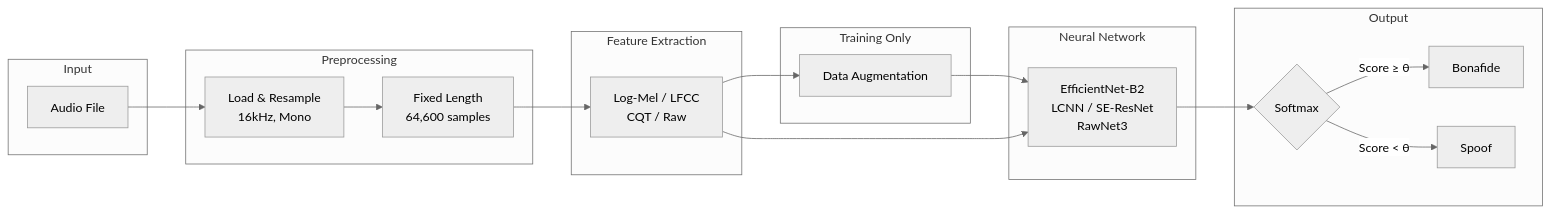
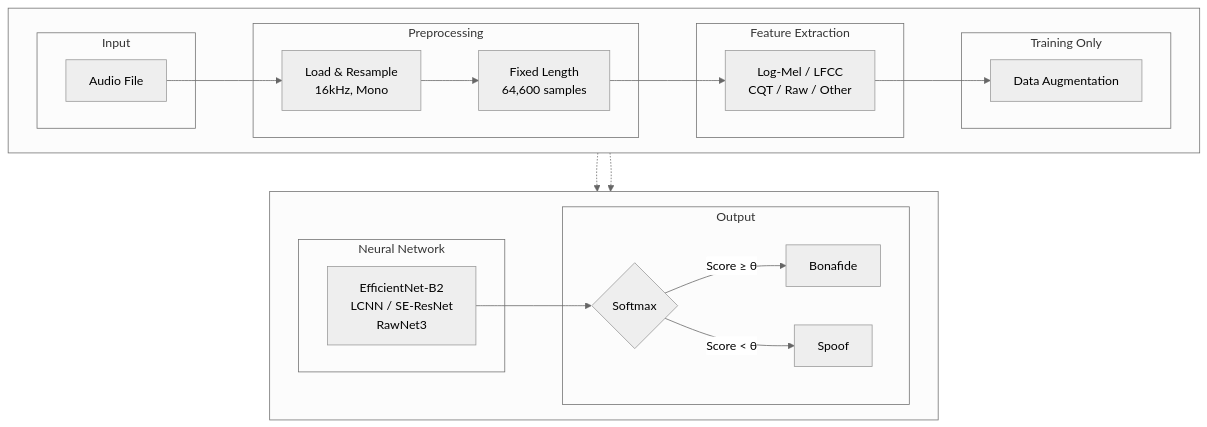
The diagram in docs/methodology_part1.md (gkibria121/ai-voice-detector), drawn with Mermaid (neutral theme) before and after one commit. The commit also changed other lines of this file and 1 other file, not shown here.

First line of the commit message:
Enhance methodology documentation with detailed model descriptions and adjustments

````diff
--- a/docs/methodology_part1.md
+++ b/docs/methodology_part1.md
@@ -3,36 +3,44 @@
 ```mermaid
-flowchart LR
-    subgraph Input
-        A[Audio File]
+flowchart TB
+    subgraph Row1[" "]
+        direction LR
+        subgraph Input
+            A[Audio File]
+        end
+
+        subgraph Preprocessing
+            B[Load & Resample<br/>16kHz, Mono]
+            C[Fixed Length<br/>64,600 samples]
+        end
+
+        subgraph Features["Feature Extraction"]
+            D[Log-Mel / LFCC<br/>CQT / Raw / Other]
+        end
+
+        subgraph Training["Training Only"]
+            E[Data Augmentation]
+        end
+        
+        A --> B --> C --> D --> E
     end
 
-    subgraph Preprocessing
-        B[Load & Resample<br/>16kHz, Mono]
-        C[Fixed Length<br/>64,600 samples]
+    subgraph Row2[" "]
+        direction LR
+        subgraph Model["Neural Network"]
+            F[EfficientNet-B2<br/>LCNN / SE-ResNet<br/>RawNet3]
+        end
+
+        subgraph Output
+            G{Softmax}
+            H[Bonafide]
+            I[Spoof]
+        end
+        
+        F --> G
+        G -->|Score ≥ θ| H
+        G -->|Score < θ| I
     end
 
-    subgraph Features["Feature Extraction"]
-        D[Log-Mel / LFCC<br/>CQT / Raw]
-    end
-
-    subgraph Training["Training Only"]
-        E[Data Augmentation]
-    end
-
-    subgraph Model["Neural Network"]
-        F[EfficientNet-B2<br/>LCNN / SE-ResNet<br/>RawNet3]
-    end
-
-    subgraph Output
-        G{Softmax}
-        H[Bonafide]
-        I[Spoof]
-    end
-
-    A --> B --> C --> D
-    D --> E --> F
-    D --> F
-    F --> G
-    G -->|Score ≥ θ| H
-    G -->|Score < θ| I
+    D -.-> F
+    E -.-> F
 ```
````
